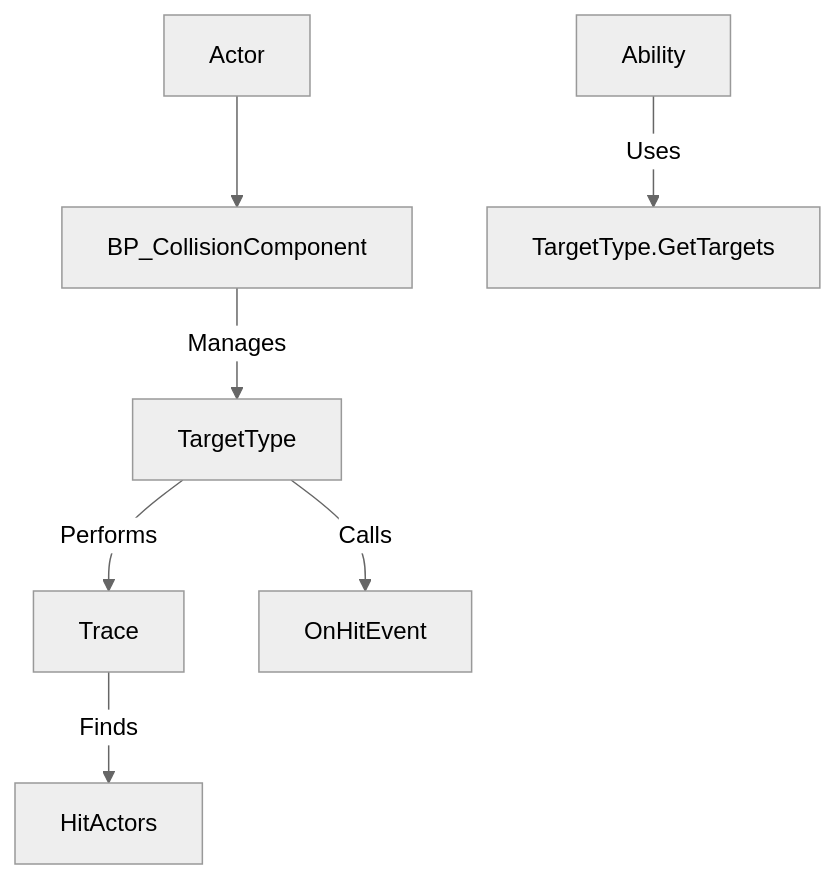
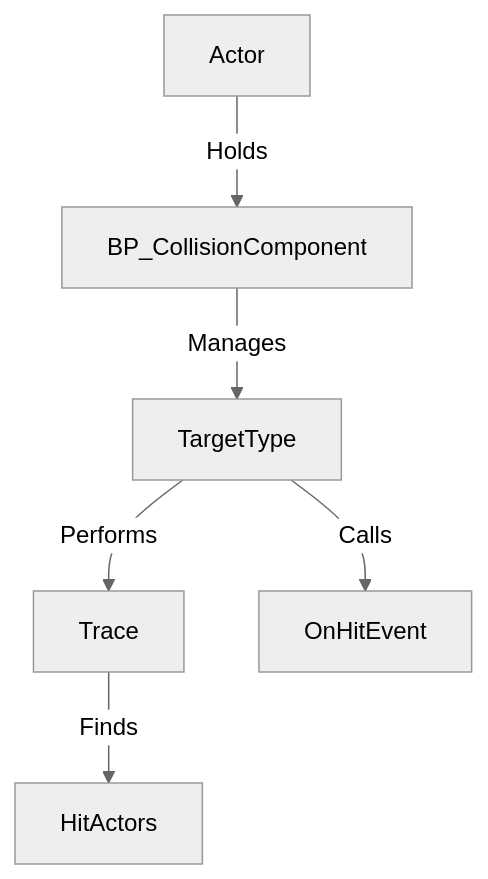
Before and after one commit to GameCodeMastery/documentation: the diagram in content/Advanced ARPG Combat/Collision Manager/Collision Manager Overview.md, drawn with Mermaid (neutral theme). The commit also changed 4 other files, not shown here.

````diff
--- a/content/Advanced ARPG Combat/Collision Manager/Collision Manager Overview.md
+++ b/content/Advanced ARPG Combat/Collision Manager/Collision Manager Overview.md
@@ -19,9 +19,8 @@
 ```mermaid
 graph TD
-    Actor --> CollisionComponent[BP_CollisionComponent]
+    Actor --> |Holds| CollisionComponent[BP_CollisionComponent]
     CollisionComponent -->|Manages| TargetType
     TargetType -->|Performs| Trace
     Trace -->|Finds| HitActors
     TargetType -->|Calls| OnHitEvent
-    Ability -->|Uses| TargetType.GetTargets
 ```
````
